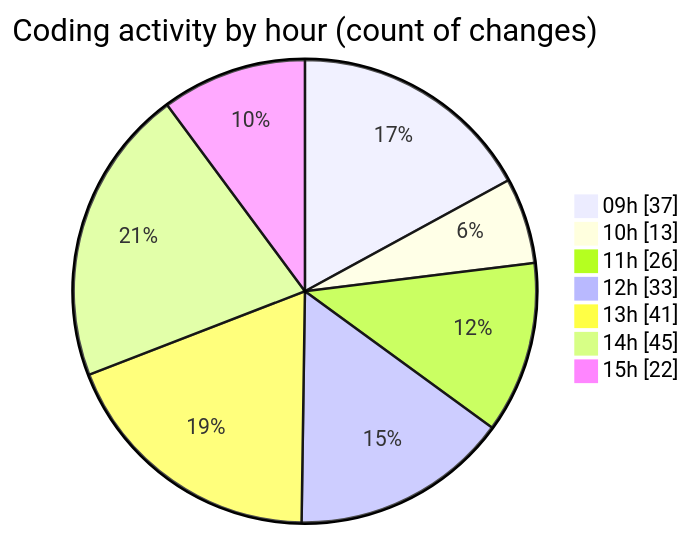
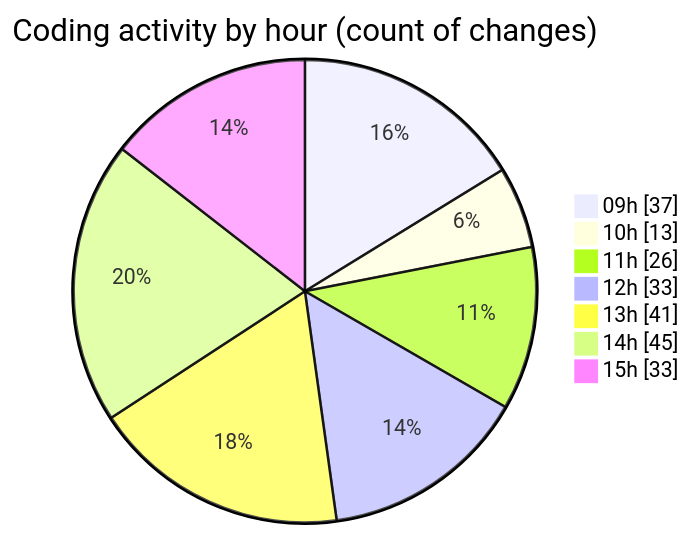
The second of 2 diagrams in 2026-04-23/cda/README.md (momahboobian/code-tracking), drawn with Mermaid before and after one commit. The commit also changed other lines of this file and 1 other file, not shown here.

````diff
--- a/2026-04-23/cda/README.md
+++ b/2026-04-23/cda/README.md
@@ -55,11 +55,11 @@
 ```mermaid
 pie showData
 title Coding activity by hour (count of changes)
 "09h" : 37
 "10h" : 13
 "11h" : 26
 "12h" : 33
 "13h" : 41
 "14h" : 45
-"15h" : 22
+"15h" : 33
 ```
````
